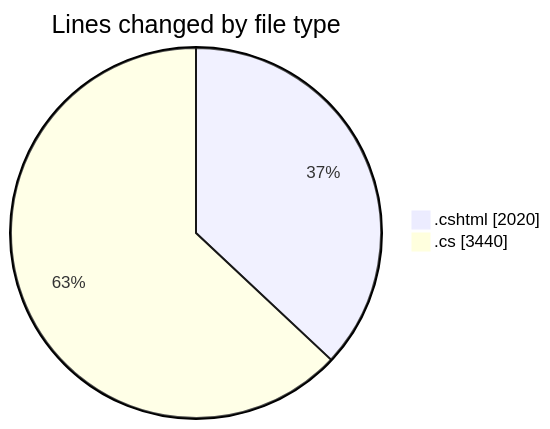
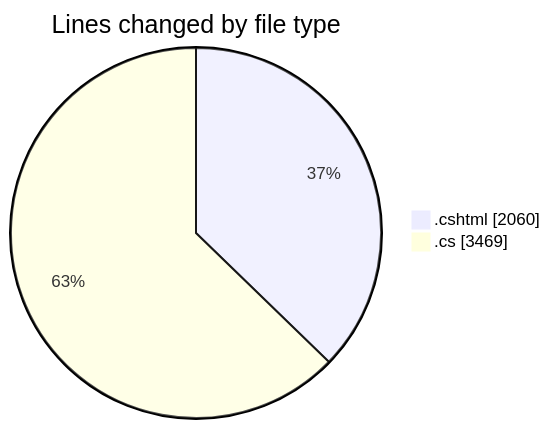
Before and after one commit to lephambinh05/code-tracking: the first of 2 diagrams in 2025-07-17/nhahang/README.md, drawn with Mermaid. The commit also changed other lines of this file and 1 other file, not shown here.

````diff
--- a/2025-07-17/nhahang/README.md
+++ b/2025-07-17/nhahang/README.md
@@ -83,6 +85,6 @@
 ```mermaid
 pie showData
 title Lines changed by file type
-".cshtml" : 2020
-".cs" : 3440
+".cshtml" : 2060
+".cs" : 3469
 ```
````
